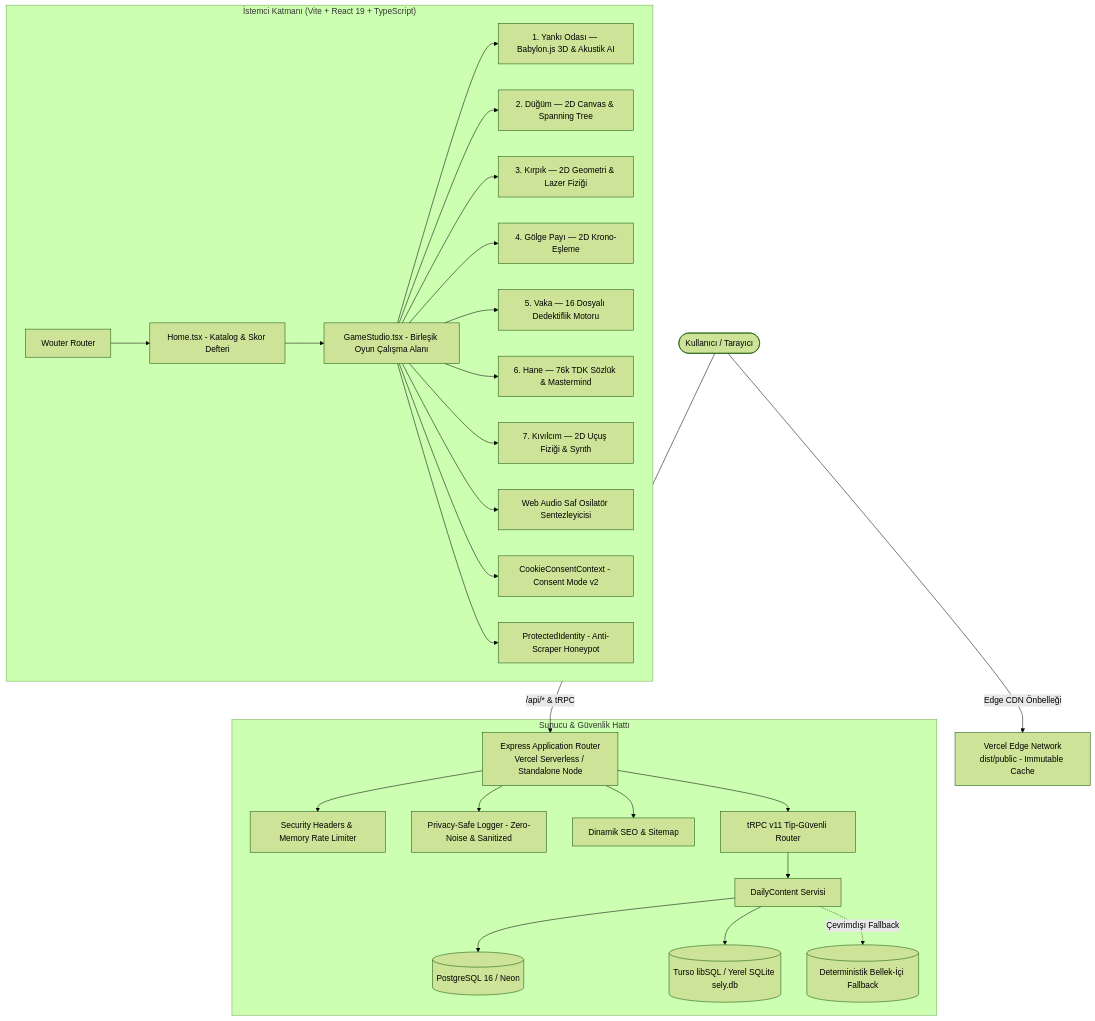
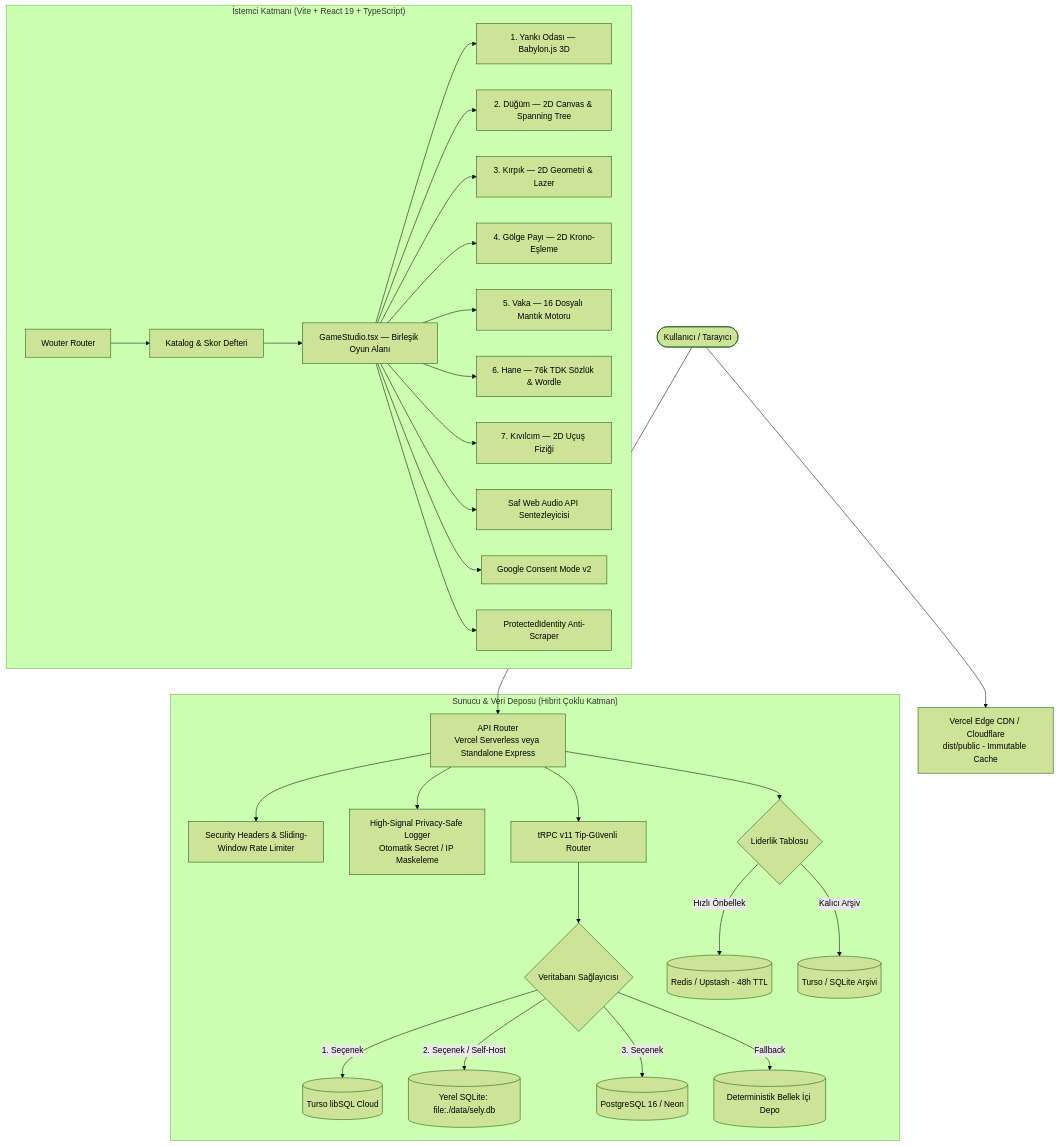
Before and after one commit to dixtuel/sely-minigame-hub: the diagram in README.md, drawn with Mermaid (forest theme). The commit also changed other lines of this file, not shown here.

````diff
--- a/README.md
+++ b/README.md
@@ -127,34 +127,38 @@
 ```mermaid
 graph TD
-    Client([Kullanıcı / Tarayıcı]) -->|Edge CDN Önbelleği| VercelCDN[Vercel Edge Network<br/>dist/public - Immutable Cache]
-    Client -->|/api/* & tRPC| AppRouter[Express Application Router<br/>Vercel Serverless / Standalone Node]
+    User([Kullanıcı / Tarayıcı]) --> CDN[Vercel Edge CDN / Cloudflare<br/>dist/public - Immutable Cache]
+    User --> API[API Router<br/>Vercel Serverless veya Standalone Express]
 
     subgraph "İstemci Katmanı (Vite + React 19 + TypeScript)"
-        Router[Wouter Router] --> Home[Home.tsx - Katalog & Skor Defteri]
-        Home --> GameStudio[GameStudio.tsx - Birleşik Oyun Çalışma Alanı]
+        Router[Wouter Router] --> Catalog[Katalog & Skor Defteri]
+        Catalog --> GameStudio[GameStudio.tsx — Birleşik Oyun Alanı]
         
-        GameStudio --> Echo[1. Yankı Odası — Babylon.js 3D & Akustik AI]
+        GameStudio --> Echo[1. Yankı Odası — Babylon.js 3D]
         GameStudio --> Knot[2. Düğüm — 2D Canvas & Spanning Tree]
-        GameStudio --> Cut[3. Kırpık — 2D Geometri & Lazer Fiziği]
+        GameStudio --> Cut[3. Kırpık — 2D Geometri & Lazer]
         GameStudio --> Shadow[4. Gölge Payı — 2D Krono-Eşleme]
-        GameStudio --> Vaka[5. Vaka — 16 Dosyalı Dedektiflik Motoru]
-        GameStudio --> Hane[6. Hane — 76k TDK Sözlük & Mastermind]
-        GameStudio --> Spark[7. Kıvılcım — 2D Uçuş Fiziği & Synth]
+        GameStudio --> Vaka[5. Vaka — 16 Dosyalı Mantık Motoru]
+        GameStudio --> Hane[6. Hane — 76k TDK Sözlük & Wordle]
+        GameStudio --> Spark[7. Kıvılcım — 2D Uçuş Fiziği]
 
-        GameStudio --> WebAudio[Web Audio Saf Osilatör Sentezleyicisi]
-        GameStudio --> Consent[CookieConsentContext - Consent Mode v2]
-        GameStudio --> Honeypot[ProtectedIdentity - Anti-Scraper Honeypot]
+        GameStudio --> WebAudio[Saf Web Audio API Sentezleyicisi]
+        GameStudio --> Consent[Google Consent Mode v2]
+        GameStudio --> Honeypot[ProtectedIdentity Anti-Scraper]
     end
 
-    subgraph "Sunucu & Güvenlik Hattı"
-        AppRouter --> Security[Security Headers & Memory Rate Limiter]
-        AppRouter --> Logger[Privacy-Safe Logger - Zero-Noise & Sanitized]
-        AppRouter --> SEORoutes[Dinamik SEO & Sitemap]
-        AppRouter --> tRPC[tRPC v11 Tip-Güvenli Router]
+    subgraph "Sunucu & Veri Deposu (Hibrit Çoklu Katman)"
+        API --> Security[Security Headers & Sliding-Window Rate Limiter]
+        API --> Logger[High-Signal Privacy-Safe Logger<br/>Otomatik Secret / IP Maskeleme]
+        API --> tRPC[tRPC v11 Tip-Güvenli Router]
         
-        tRPC --> DailyService[DailyContent Servisi]
-        DailyService --> Postgres[(PostgreSQL 16 / Neon)]
-        DailyService --> Turso[(Turso libSQL / Yerel SQLite sely.db)]
-        DailyService -.->|Çevrimdışı Fallback| Memory[(Deterministik Bellek-İçi Fallback)]
+        tRPC --> StorageRouting{Veritabanı Sağlayıcısı}
+        StorageRouting -->|1. Seçenek| TursoCloud[(Turso libSQL Cloud)]
+        StorageRouting -->|2. Seçenek / Self-Host| LocalSQLite[(Yerel SQLite: file:./data/sely.db)]
+        StorageRouting -->|3. Seçenek| Postgres[(PostgreSQL 16 / Neon)]
+        StorageRouting -->|Fallback| MemoryStore[(Deterministik Bellek İçi Depo)]
+
+        API --> LeaderboardCache{Liderlik Tablosu}
+        LeaderboardCache -->|Hızlı Önbellek| Redis[(Redis / Upstash - 48h TTL)]
+        LeaderboardCache -->|Kalıcı Arşiv| SQLiteArchive[(Turso / SQLite Arşivi)]
     end
 ```
````
